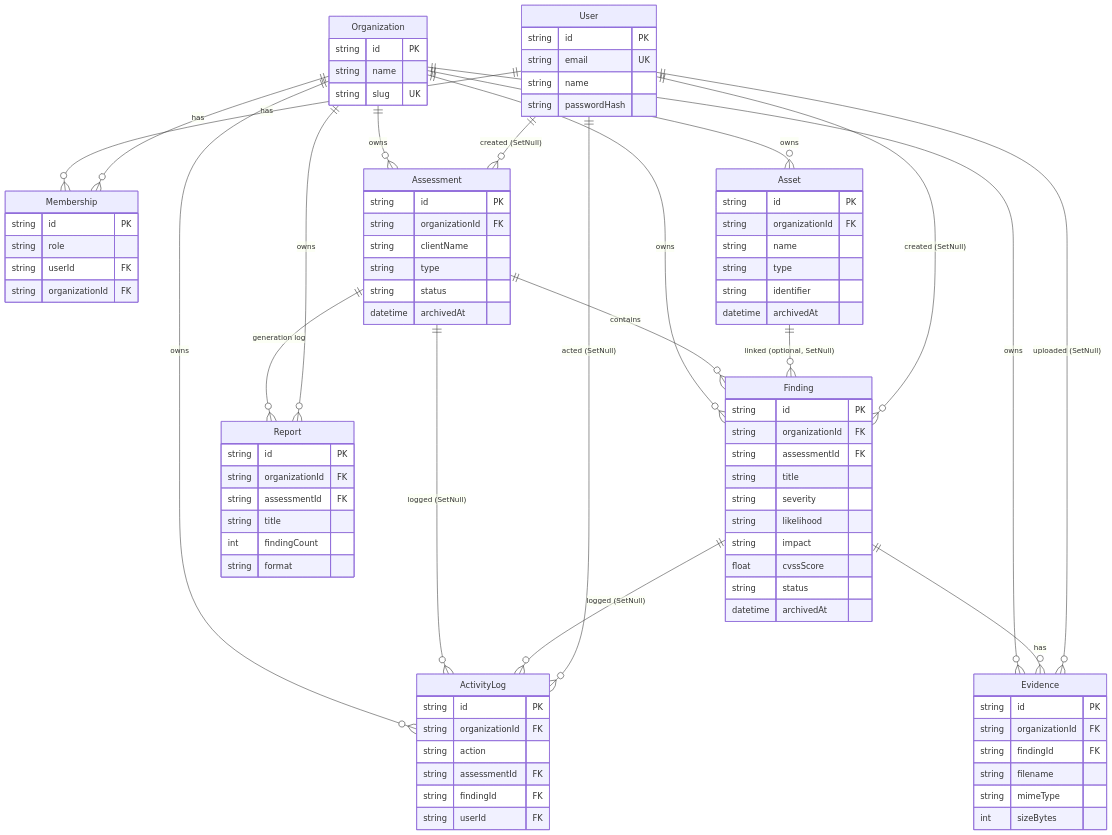
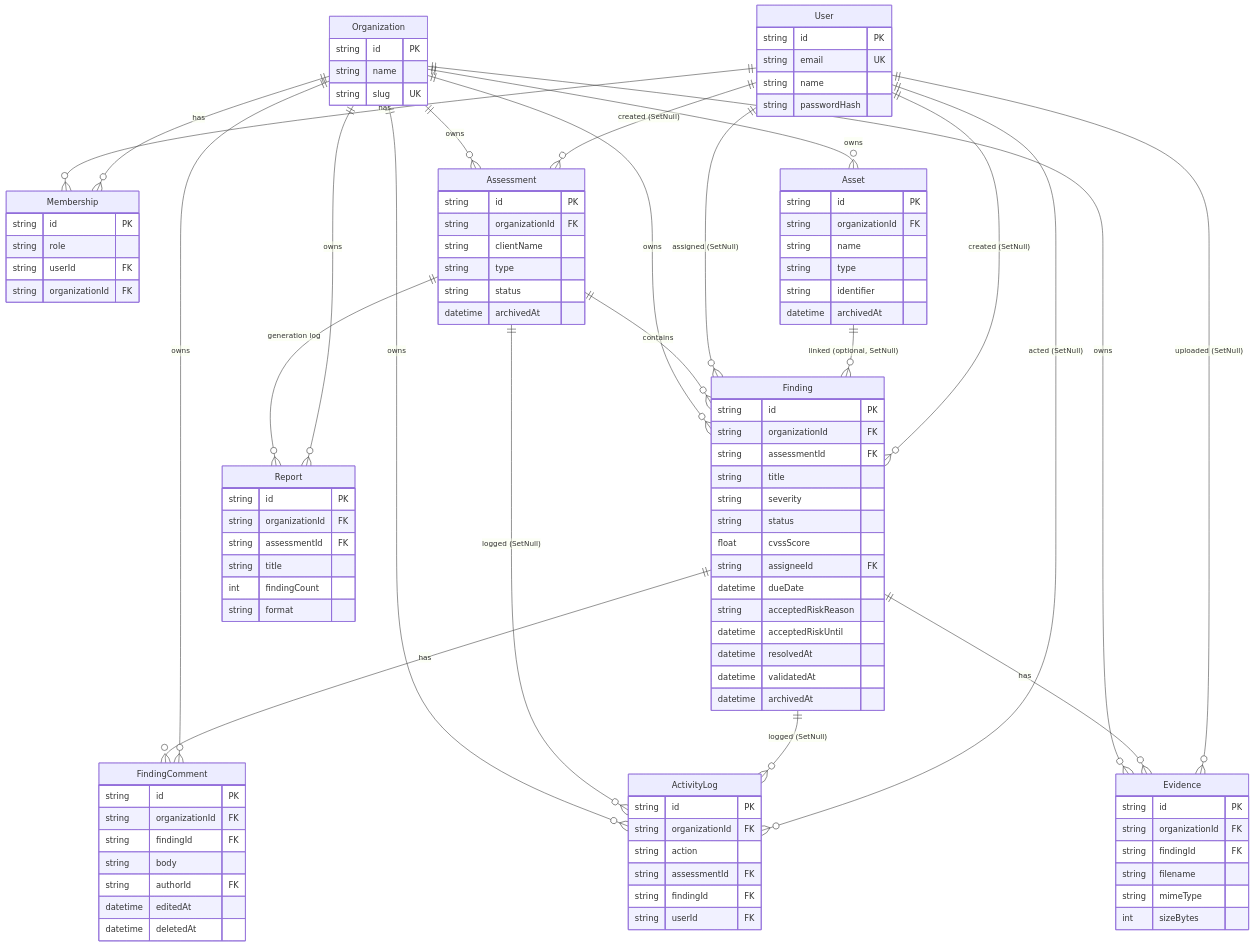
One commit to JectarOne/jectarone-portal changed the diagram in docs/ERD.md. Above: the diagram before and after it, drawn with Mermaid. The commit also changed 29 other files, not shown here.

```diff
--- a/docs/ERD.md
+++ b/docs/ERD.md
@@ -11,9 +11,12 @@
     Assessment ||--o{ Finding : contains
     Assessment ||--o{ Report : "generation log"
     Finding ||--o{ Evidence : has
+    Finding ||--o{ FindingComment : has
+    User ||--o{ Finding : "assigned (SetNull)"
     Organization ||--o{ Asset : owns
     Asset ||--o{ Finding : "linked (optional, SetNull)"
     Organization ||--o{ Report : owns
+    Organization ||--o{ FindingComment : owns
     User ||--o{ Assessment : "created (SetNull)"
     User ||--o{ Finding : "created (SetNull)"
     User ||--o{ Evidence : "uploaded (SetNull)"
@@ -52,11 +55,24 @@
       string assessmentId FK
       string title
       string severity
-      string likelihood
-      string impact
+      string status
       float cvssScore
-      string status
+      string assigneeId FK
+      datetime dueDate
+      string acceptedRiskReason
+      datetime acceptedRiskUntil
+      datetime resolvedAt
+      datetime validatedAt
       datetime archivedAt
+    }
+    FindingComment {
+      string id PK
+      string organizationId FK
+      string findingId FK
+      string body
+      string authorId FK
+      datetime editedAt
+      datetime deletedAt
     }
     Evidence {
       string id PK
```
